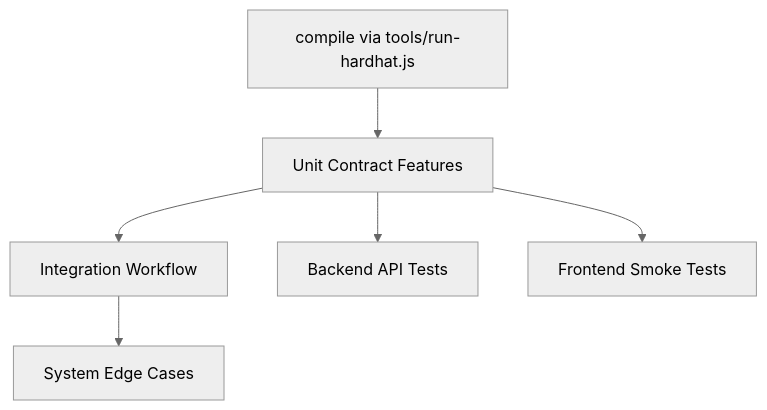
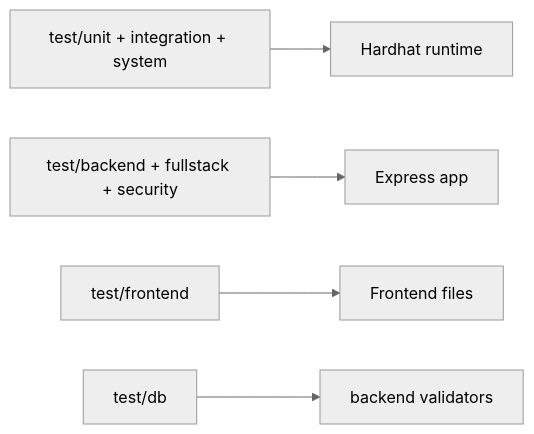
One commit to ahmedelbamby-aast/ScholarshipDisbursement changed the second of 3 diagrams in docs/testing.md. Above: the diagram before and after it, drawn with Mermaid (neutral theme). The commit also changed other lines of this file and 60 other files, not shown here.

````diff
--- a/docs/testing.md
+++ b/docs/testing.md
@@ -14,8 +37,7 @@
 ```mermaid
-flowchart TD
-  C[compile via tools/run-hardhat.js] --> U[Unit Contract Features]
-  U --> I[Integration Workflow]
-  I --> S[System Edge Cases]
-  U --> B[Backend API Tests]
-  U --> F[Frontend Smoke Tests]
+flowchart LR
+  ContractTests[test/unit + integration + system] --> Hardhat[Hardhat runtime]
+  ApiTests[test/backend + fullstack + security] --> Express[Express app]
+  FrontTests[test/frontend] --> HtmlJs[Frontend files]
+  DbBehavior[test/db] --> Validators[backend validators]
 ```
````
